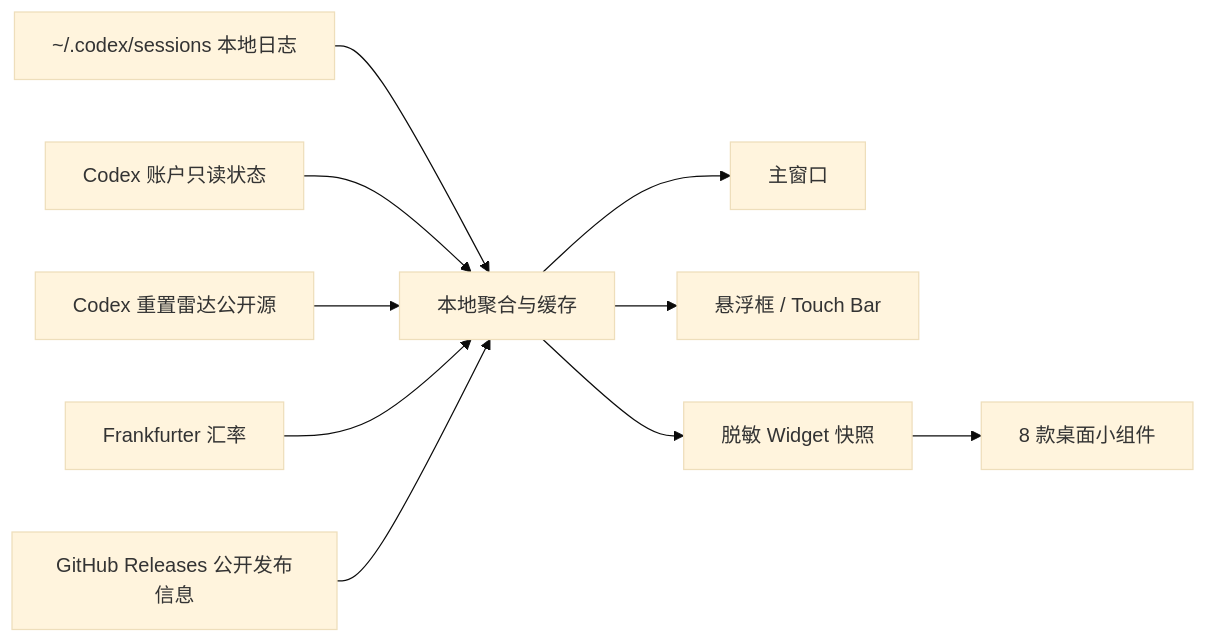
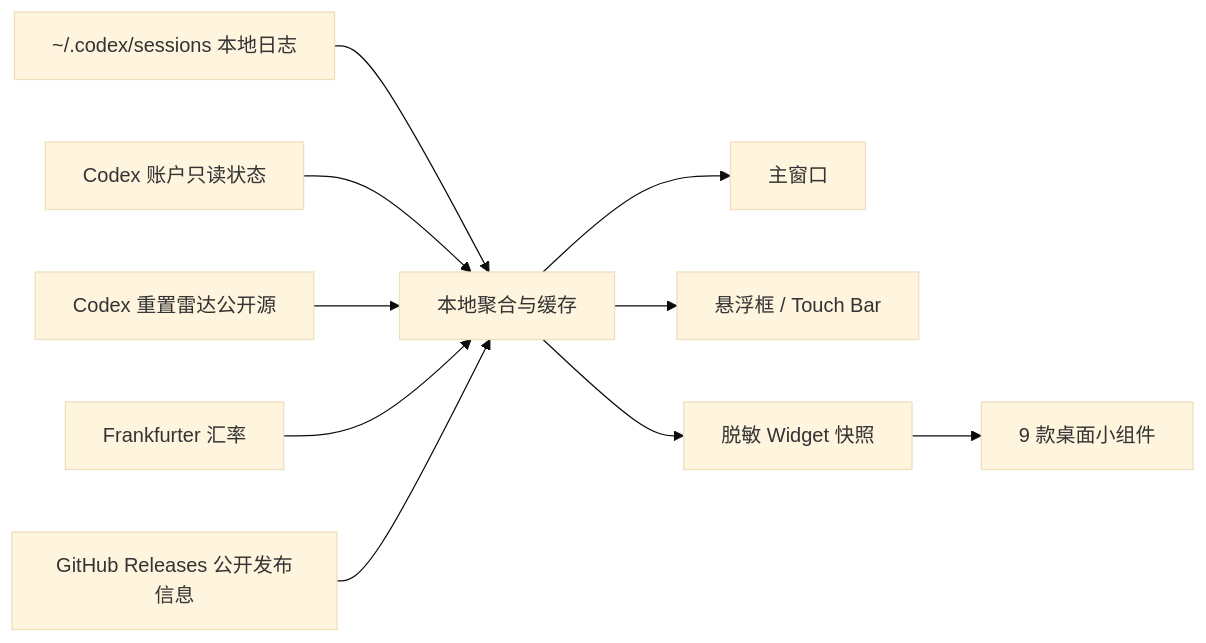
One commit to huohuo143/codex-pulse changed the diagram in README.md. Above: the diagram before and after it, drawn with Mermaid (base theme). The commit also changed other lines of this file and 53 other files, not shown here.

````diff
--- a/README.md
+++ b/README.md
@@ -221,12 +229,12 @@
 ```mermaid
 flowchart LR
   A["~/.codex/sessions 本地日志"] --> E["本地聚合与缓存"]
   B["Codex 账户只读状态"] --> E
   C["Codex 重置雷达公开源"] --> E
   D["Frankfurter 汇率"] --> E
   J["GitHub Releases 公开发布信息"] --> E
   E --> F["主窗口"]
   E --> G["悬浮框 / Touch Bar"]
   E --> H["脱敏 Widget 快照"]
-  H --> I["8 款桌面小组件"]
+  H --> I["9 款桌面小组件"]
 ```
````
